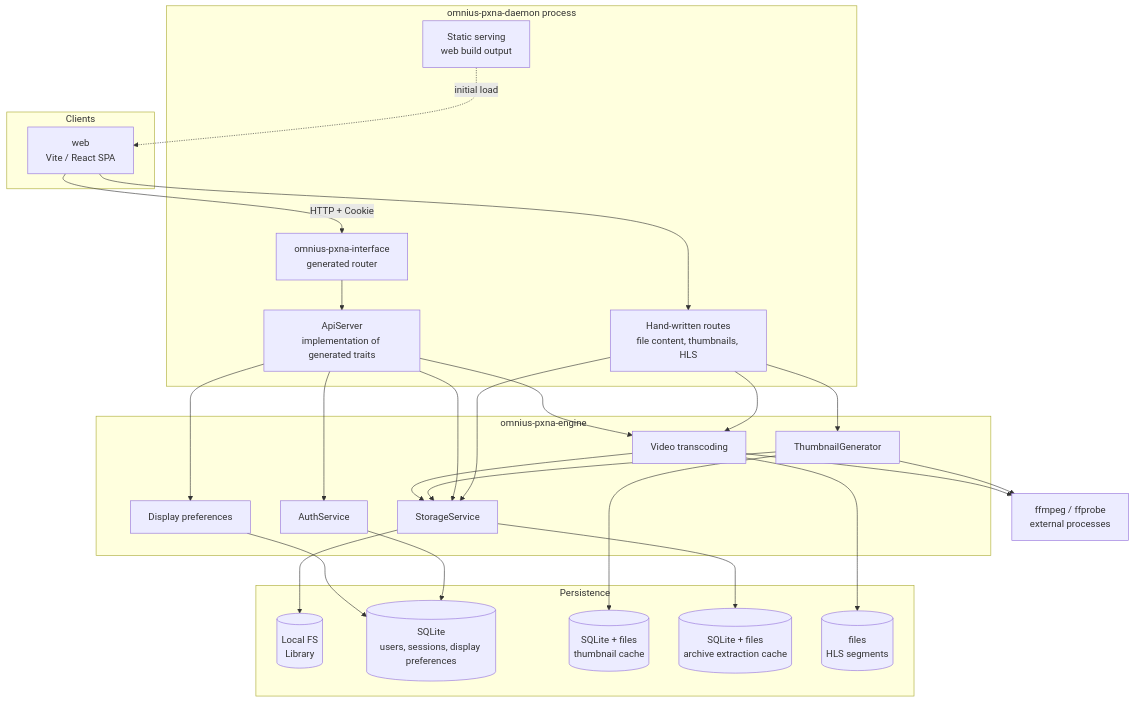
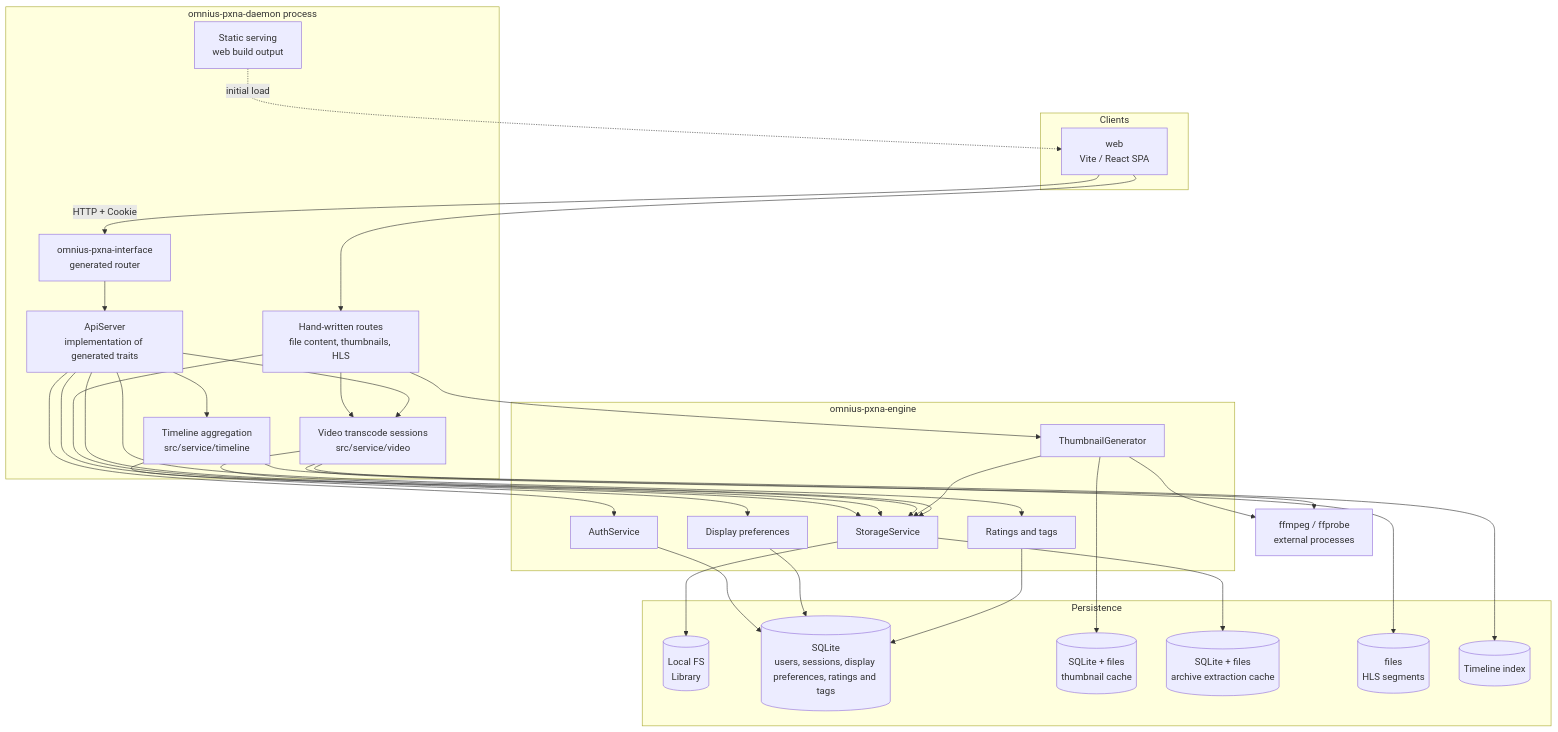
One commit to omnius-labs/pxna changed the first of 3 diagrams in docs/design.md. Above: the diagram before and after it, drawn with Mermaid. The commit also changed other lines of this file, not shown here.

Commit message:
docs: fix diagrams and inconsistencies in design.md
- Align the request flow diagram with the code: move video transcode
  sessions to the daemon service layer, add timeline and ratings/tags
- Fix the upload sequence diagram: 204 has no body, and the conflict
  check is repeated at commit
- Reorder AlreadyInitialized in the error table, use InvalidRequest in
  the path resolution steps, add M6 to M9 dependencies, note retired M7
- Clarify the sync/async criterion and the /api/v1 base of API paths

````diff
--- a/docs/design.md
+++ b/docs/design.md
@@ -106,53 +106,61 @@
 ```mermaid
 flowchart TB
     subgraph clients["Clients"]
         web["web<br/>Vite / React SPA"]
     end
 
     subgraph daemonproc["omnius-pxna-daemon process"]
         static["Static serving<br/>web build output"]
         iface["omnius-pxna-interface<br/>generated router"]
         stream["Hand-written routes<br/>file content, thumbnails, HLS"]
         handler["ApiServer<br/>implementation of generated traits"]
+        video["Video transcode sessions<br/>src/service/video"]
+        timeline["Timeline aggregation<br/>src/service/timeline"]
     end
 
     subgraph engine["omnius-pxna-engine"]
         fs["StorageService"]
         thumb["ThumbnailGenerator"]
-        video["Video transcoding"]
         auth["AuthService"]
         prefs["Display preferences"]
+        ratings["Ratings and tags"]
     end
 
     ffmpeg["ffmpeg / ffprobe<br/>external processes"]
 
     subgraph persist["Persistence"]
         localfs[("Local FS<br/>Library")]
-        sqlite[("SQLite<br/>users, sessions, display preferences")]
+        sqlite[("SQLite<br/>users, sessions, display preferences, ratings and tags")]
         thumbcache[("SQLite + files<br/>thumbnail cache")]
         archivecache[("SQLite + files<br/>archive extraction cache")]
         segments[("files<br/>HLS segments")]
+        timelineidx[("Timeline index")]
     end
 
     web -->|"HTTP + Cookie"| iface
     web --> stream
     static -.->|"initial load"| web
     iface --> handler
     stream --> fs
     stream --> thumb
     stream --> video
     handler --> fs
     handler --> video
     handler --> auth
     handler --> prefs
+    handler --> ratings
+    handler --> timeline
+    timeline --> fs
+    timeline --> timelineidx
     thumb --> fs
     video --> fs
     thumb --> ffmpeg
     video --> ffmpeg
     fs --> localfs
     fs --> archivecache
     thumb --> thumbcache
     video --> segments
     auth --> sqlite
     prefs --> sqlite
+    ratings --> sqlite
 ```
````
